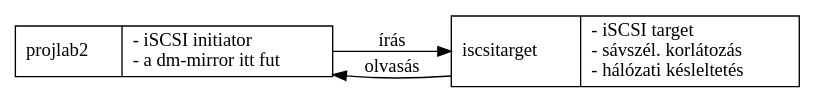
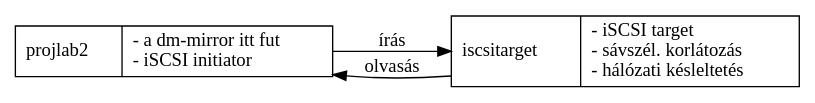
The diagram in tex/slides/testarch.dot (vmiklos/projlab2), drawn with Graphviz before and after one commit. The commit also changed 1 other file, not shown here.

```diff
--- a/tex/slides/testarch.dot
+++ b/tex/slides/testarch.dot
@@ -1,8 +1,8 @@
 digraph G {
         node [shape=record]
-        m0 [label="{projlab2 \l|- iSCSI initiator\l- a dm-mirror itt fut\l}"]
+        m0 [label="{projlab2 \l|- a dm-mirror itt fut\l- iSCSI initiator\l}"]
         m1 [label="{iscsitarget \l|- iSCSI target\l- sávszél. korlátozás\l- hálózati késleltetés\l}"]
 	rankdir=LR
         m0 -> m1 [label="írás"]
         m1 -> m0 [label="olvasás"]
 }
```
